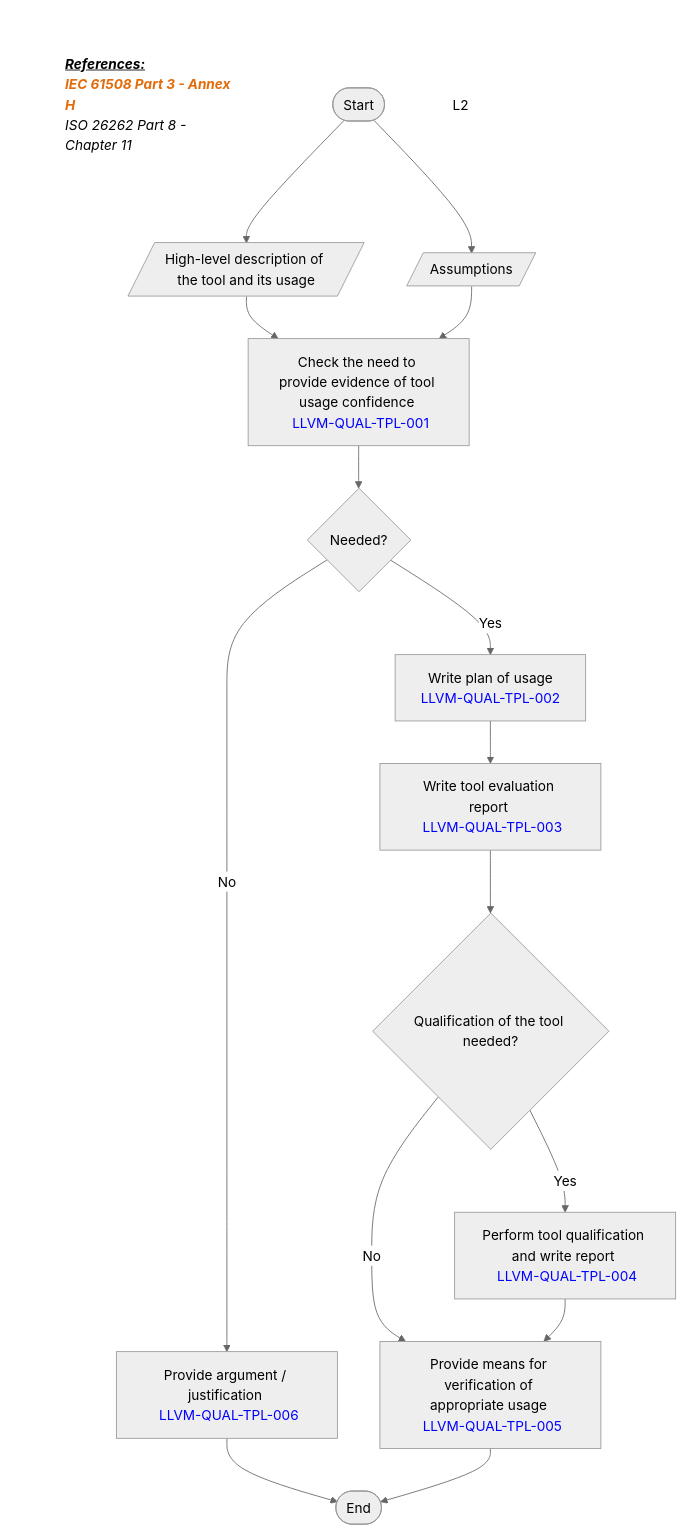
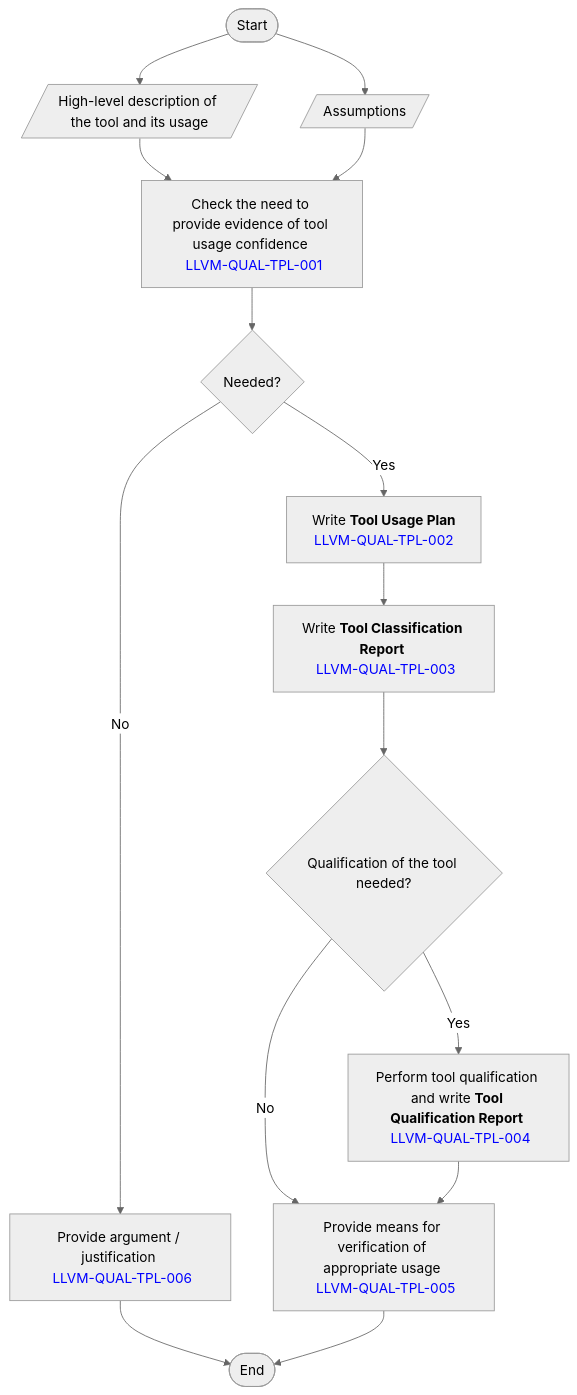
Before and after one commit to llvm/llvm-wgs: the diagram in fusa-qual-wg/tools/workflows/tool_usage_confidence_for_developers.mmd, drawn with Mermaid (neutral theme). The commit also changed 9 other files, not shown here.

First line of the commit message:
[fusa-qual-wg] Remove the graph generator related and update *.mmd files

```diff
--- a/fusa-qual-wg/tools/workflows/tool_usage_confidence_for_developers.mmd
+++ b/fusa-qual-wg/tools/workflows/tool_usage_confidence_for_developers.mmd
@@ -1,38 +1,28 @@
 flowchart TD
     A([Start])
     B[/"High-level description of the tool and its usage"/]
     C[/"Assumptions"/]
     D["Check the need to provide evidence of tool usage confidence <br/> <span style='color:blue'>LLVM-QUAL-TPL-001</span>"]
     E{"Needed?"}
-    F["Write plan of usage <br/> <span style='color:blue'>LLVM-QUAL-TPL-002</span>"]
+    F["Write <b>Tool Usage Plan</b> <br/> <span style='color:blue'>LLVM-QUAL-TPL-002</span>"]
     G["Provide argument / justification <br/> <span style='color:blue'>LLVM-QUAL-TPL-006</span>"]
-    H["Write tool evaluation report <br/> <span style='color:blue'>LLVM-QUAL-TPL-003</span>"]
+    H["Write <b>Tool Classification Report</b> <br/> <span style='color:blue'>LLVM-QUAL-TPL-003</span>"]
     I{"Qualification of the tool needed?"}
-    J["Perform tool qualification and write report <br/> <span style='color:blue'>LLVM-QUAL-TPL-004</span>"]
+    J["Perform tool qualification and write <b>Tool Qualification Report</b> <br/> <span style='color:blue'>LLVM-QUAL-TPL-004</span>"]
     K["Provide means for verification of appropriate usage <br/> <span style='color:blue'>LLVM-QUAL-TPL-005</span>"]
     L([End])
 
     A --> B
     A --> C
     B --> D
     C --> D
     D --> E
     E --> |Yes| F
     E --> |No| G
     F --> H
     H --> I
     I --> |Yes| J
     I --> |No| K
     J --> K
     G --> L
     K --> L
-
-    subgraph Info [" "]
-        direction TB
-        L1["<b><i><u>References:</u></i></b><br/><b style='color:#E36C0A'><i>IEC 61508 Part 3 - Annex H</i></b><br/><i>ISO 26262 Part 8 - Chapter 11</i>"]
-    end
-
-    style Info fill:none,stroke:none
-
-    style L1 fill:none,stroke:none,text-align:left
-    style L2 fill:none,stroke:none,text-align:left
```
